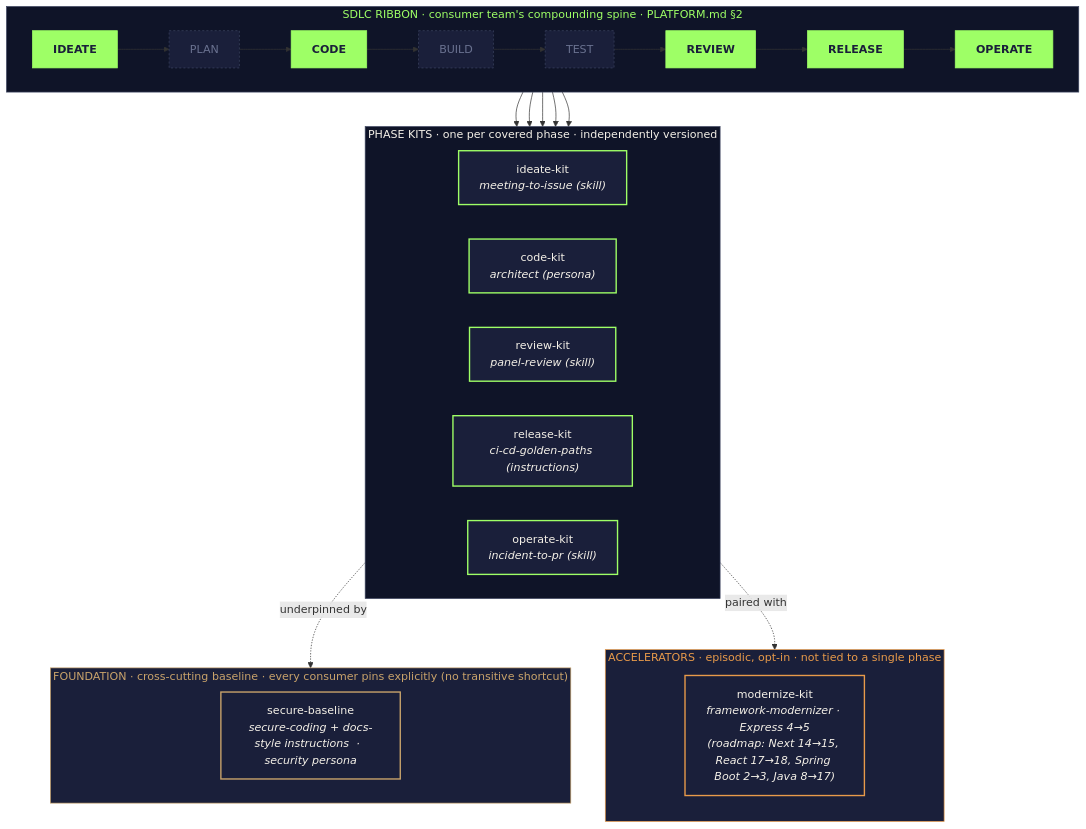
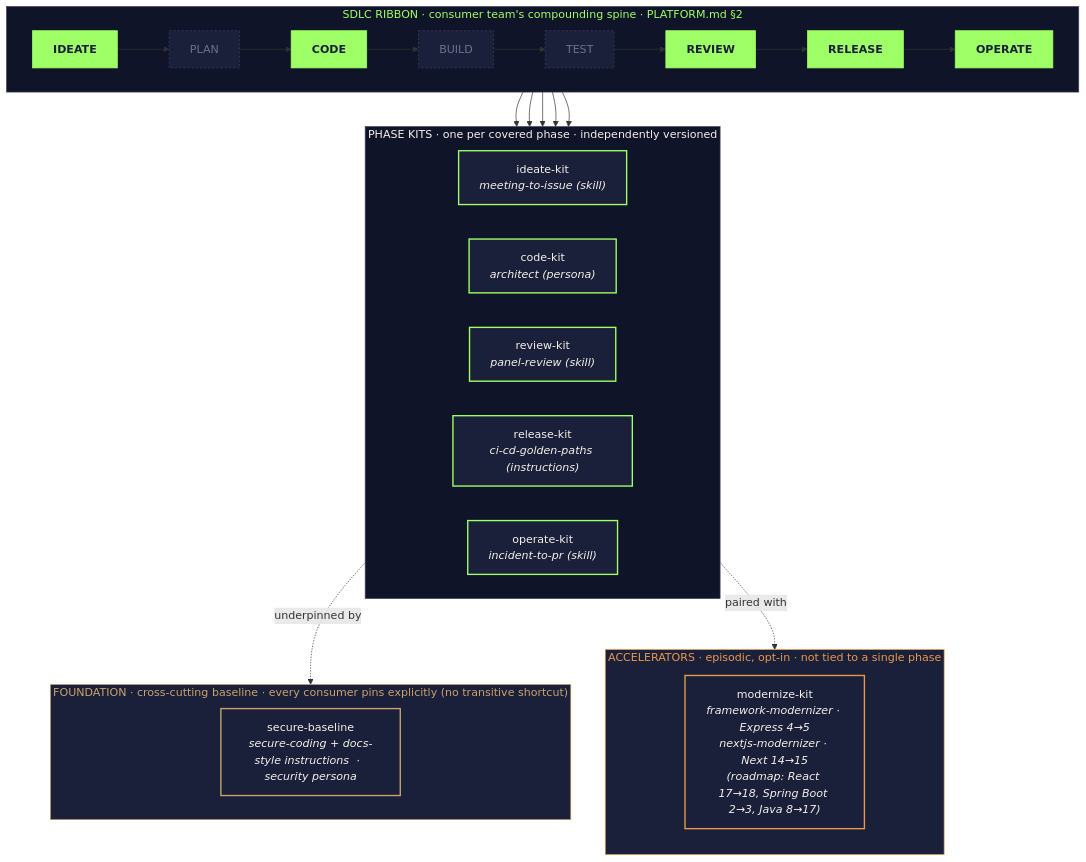
One commit to DevExpGbb/zava-agent-config changed the diagram in README.md. Above: the diagram before and after it, drawn with Mermaid. The commit also changed other lines of this file and 30 other files, not shown here.

First line of the commit message:
feat(modernize-kit): add nextjs-modernizer skill (Next 14→15) — v6.1.0 (#5)

````diff
--- a/README.md
+++ b/README.md
@@ -11,52 +11,52 @@
 ```mermaid
 flowchart TB
     subgraph RIBBON["SDLC RIBBON  ·  consumer team's compounding spine  ·  PLATFORM.md §2"]
         direction LR
         P1[IDEATE] --> P2[PLAN] --> P3[CODE] --> P4[BUILD] --> P5[TEST] --> P6[REVIEW] --> P7[RELEASE] --> P8[OPERATE]
     end
 
     subgraph KITS["PHASE KITS  ·  one per covered phase  ·  independently versioned"]
         direction LR
         K1["ideate-kit<br/><i>meeting-to-issue (skill)</i>"]
         K3["code-kit<br/><i>architect (persona)</i>"]
         K6["review-kit<br/><i>panel-review (skill)</i>"]
         K7["release-kit<br/><i>ci-cd-golden-paths (instructions)</i>"]
         K8["operate-kit<br/><i>incident-to-pr (skill)</i>"]
     end
 
     subgraph FOUND["FOUNDATION  ·  cross-cutting baseline  ·  every consumer pins explicitly (no transitive shortcut)"]
         direction LR
         BASE["secure-baseline<br/><i>secure-coding + docs-style instructions  ·  security persona</i>"]
     end
 
     subgraph ACCEL["ACCELERATORS  ·  episodic, opt-in  ·  not tied to a single phase"]
         direction TB
-        ACC1["modernize-kit<br/><i>framework-modernizer · Express 4→5</i><br/><i>(roadmap: Next 14→15, React 17→18, Spring Boot 2→3, Java 8→17)</i>"]
+        ACC1["modernize-kit<br/><i>framework-modernizer · Express 4→5</i><br/><i>nextjs-modernizer · Next 14→15</i><br/><i>(roadmap: React 17→18, Spring Boot 2→3, Java 8→17)</i>"]
     end
 
     P1 --> K1
     P3 --> K3
     P6 --> K6
     P7 --> K7
     P8 --> K8
 
     KITS -. underpinned by .-> FOUND
     KITS -. paired with .-> ACCEL
 
     classDef phase fill:#9eff66,stroke:#9eff66,color:#1a1f3a,font-weight:bold
     classDef gap fill:#1a1f3a,stroke:#3d4560,color:#6a7290,stroke-dasharray:3 3
     classDef kit fill:#1a1f3a,stroke:#9eff66,stroke-width:2px,color:#f5f1e8
     classDef baseline fill:#1a1f3a,stroke:#c9a36b,stroke-width:2px,color:#f5f1e8
     classDef accelerator fill:#1a1f3a,stroke:#e89a4a,stroke-width:2px,color:#f5f1e8
 
     class P1,P3,P6,P7,P8 phase
     class P2,P4,P5 gap
     class K1,K3,K6,K7,K8 kit
     class BASE baseline
     class ACC1 accelerator
 
     style RIBBON fill:#0f1428,stroke:#3d4560,color:#9eff66
     style KITS fill:#0f1428,stroke:#3d4560,color:#f5f1e8
     style FOUND fill:#1a1f3a,stroke:#c9a36b,color:#c9a36b
     style ACCEL fill:#1a1f3a,stroke:#e89a4a,color:#e89a4a
 ```
````
